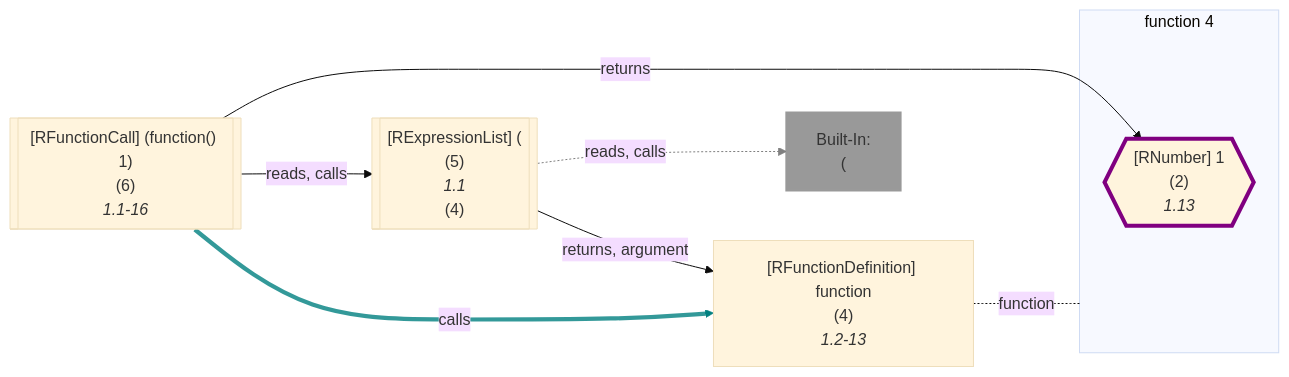
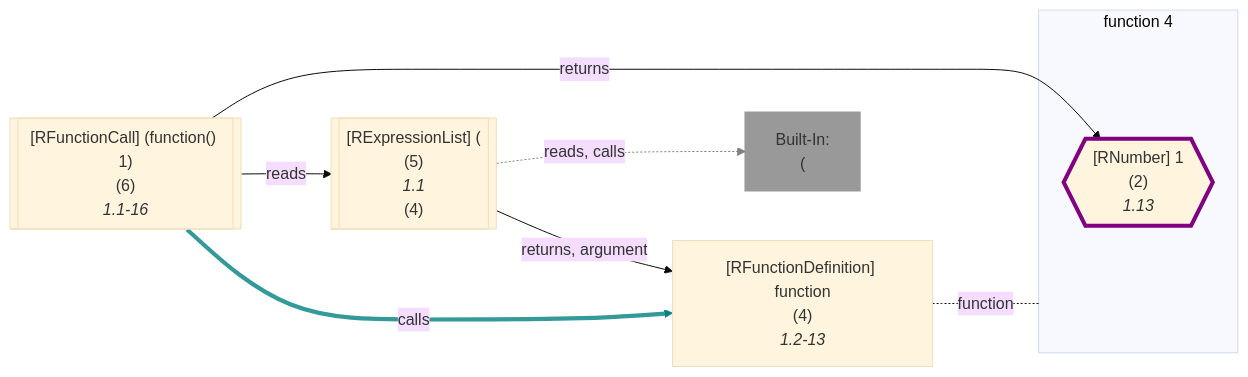
Diagram 15 of 54 in wiki/Dataflow Graph.md (flowr-analysis/flowr), drawn with Mermaid (base theme) before and after one commit. The commit also changed other lines of this file and 10 other files, not shown here.

````diff
--- a/wiki/Dataflow Graph.md
+++ b/wiki/Dataflow Graph.md
@@ -2319,32 +2321,32 @@
 ```mermaid
 flowchart LR
     4["`#91;RFunctionDefinition#93; function
       (4)
       *1.2-13*`"]
 
 subgraph "flow-4" [function 4]
     2{{"`#91;RNumber#93; 1
       (2)
       *1.13*`"}}
     style 2 stroke:purple,stroke-width:4px; 
 end
     5[["`#91;RExpressionList#93; (
       (5)
       *1.1*
     (4)`"]]
     built-in:_["`Built-In:
 (`"]
     style built-in:_ stroke:gray,fill:gray,stroke-width:2px,opacity:.8;
     6[["`#91;RFunctionCall#93; (function() 1)
       (6)
       *1.1-16*`"]]
 4 -.-|function| flow-4
 
     5 -->|"returns, argument"| 4
     5 -.->|"reads, calls"| built-in:_
     linkStyle 2 stroke:gray;
-    6 -->|"reads, calls"| 5
+    6 -->|"reads"| 5
     6 -->|"returns"| 2
     6 -->|"calls"| 4
     linkStyle 5 stroke:teal,stroke-width:4.2px,stroke-opacity:.8
 ```
````
